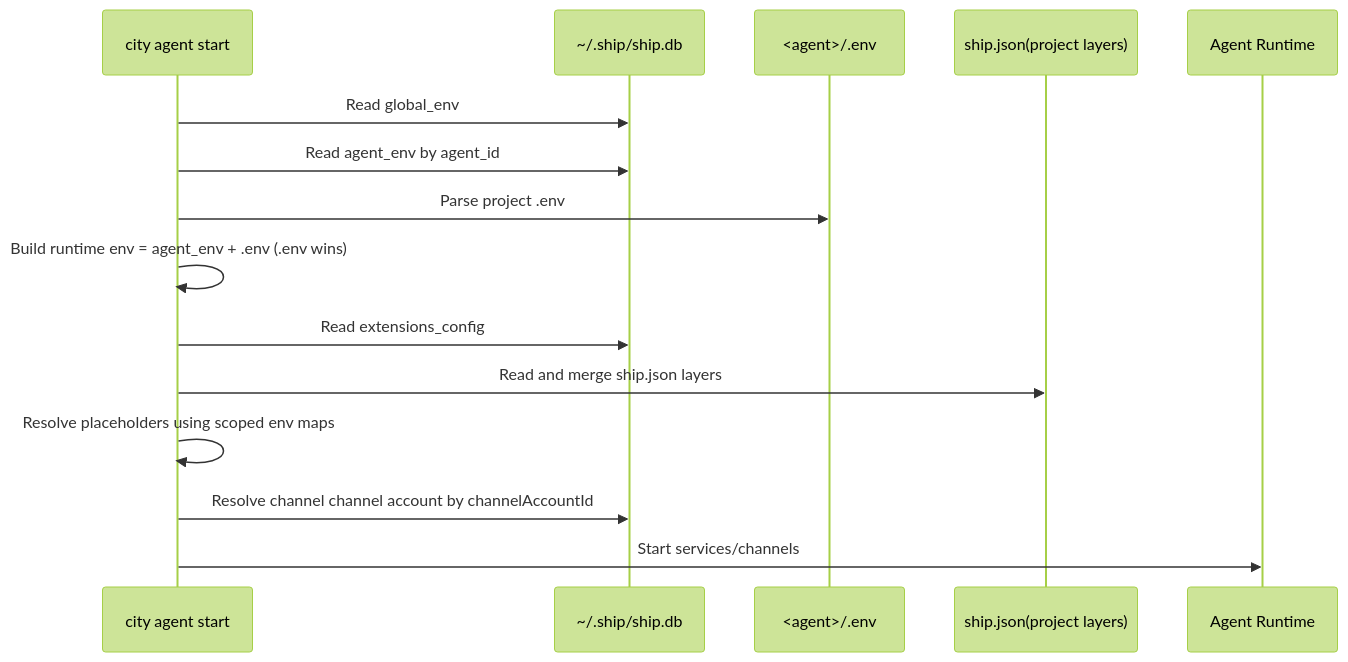
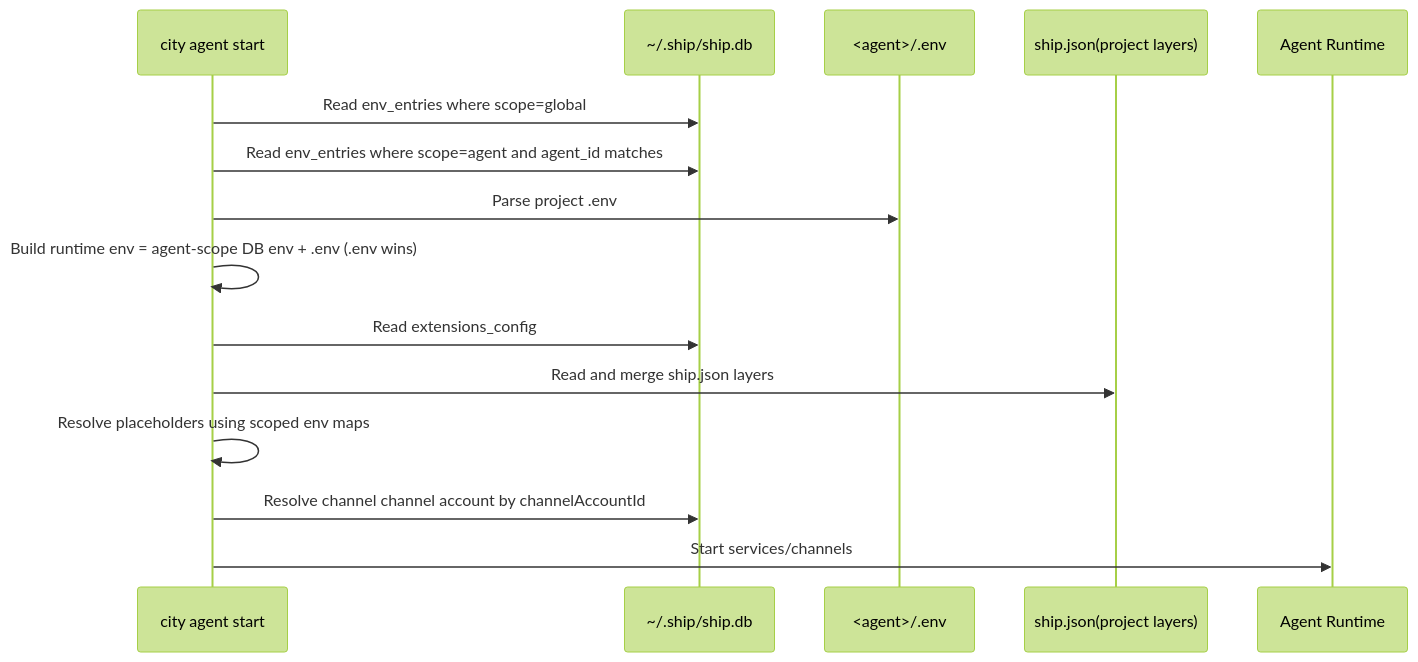
The first of 2 diagrams in homepage/content/docs/en/configuration/environment-variables.mdx (wangenius/downcity), drawn with Mermaid (forest theme) before and after one commit. The commit also changed other lines of this file and 42 other files, not shown here.

````diff
--- a/homepage/content/docs/en/configuration/environment-variables.mdx
+++ b/homepage/content/docs/en/configuration/environment-variables.mdx
@@ -36,18 +36,18 @@
 ```mermaid
 sequenceDiagram
   participant CLI as city agent start
   participant DB as ~/.ship/ship.db
   participant ENV as <agent>/.env
   participant JSON as ship.json(project layers)
   participant RT as Agent Runtime
 
-  CLI->>DB: Read global_env
-  CLI->>DB: Read agent_env by agent_id
+  CLI->>DB: Read env_entries where scope=global
+  CLI->>DB: Read env_entries where scope=agent and agent_id matches
   CLI->>ENV: Parse project .env
-  CLI->>CLI: Build runtime env = agent_env + .env (.env wins)
+  CLI->>CLI: Build runtime env = agent-scope DB env + .env (.env wins)
   CLI->>DB: Read extensions_config
   CLI->>JSON: Read and merge ship.json layers
   CLI->>CLI: Resolve placeholders using scoped env maps
   CLI->>DB: Resolve channel channel account by channelAccountId
   CLI->>RT: Start services/channels
 ```
````
